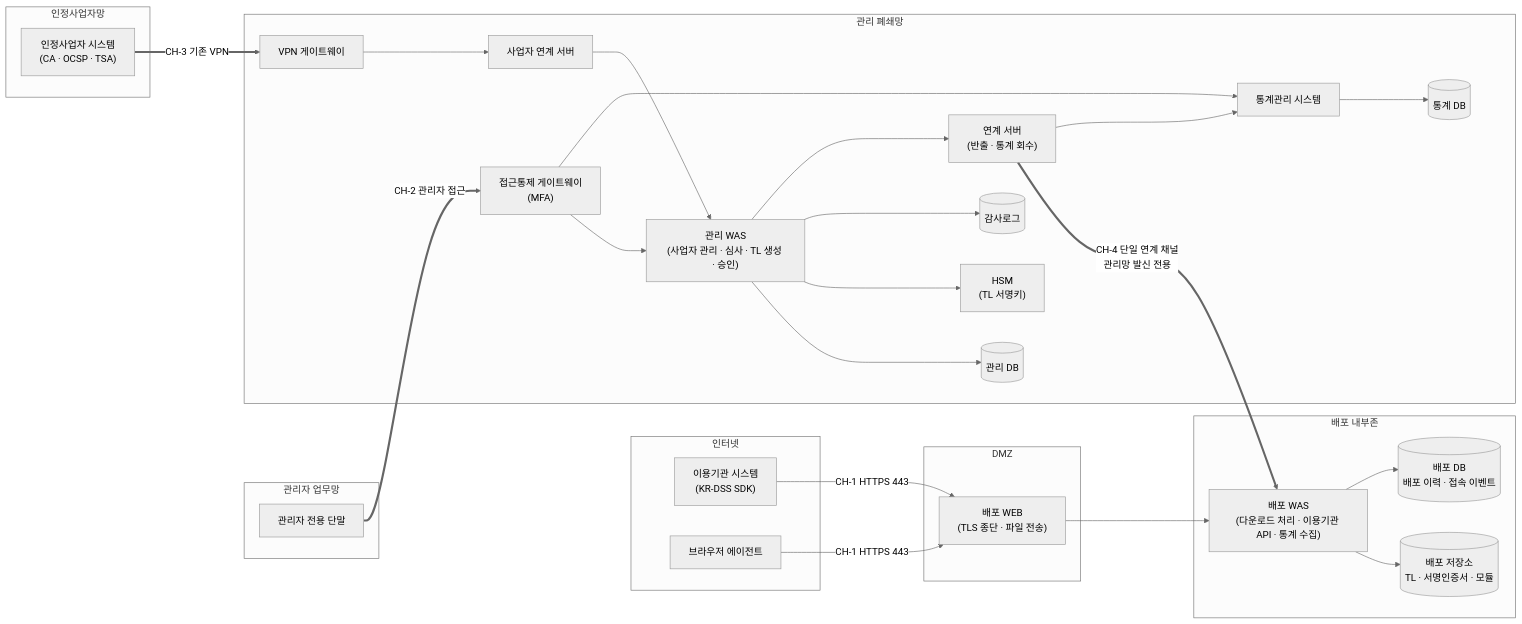
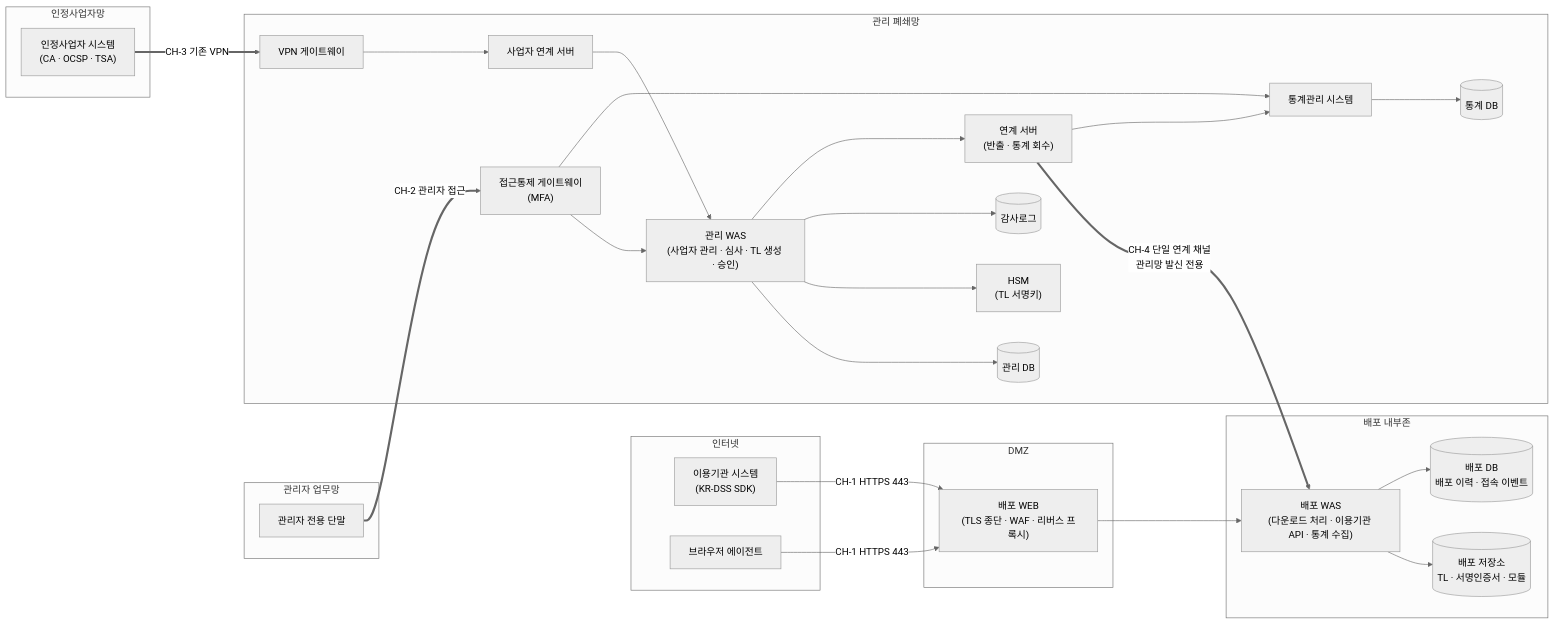
Before and after one commit to yongsungkim-electcerti/kr-dss: the first of 7 diagrams in docs/design/KR-TL-관리시스템/02-시스템구성도.md, drawn with Mermaid (neutral theme). The commit also changed other lines of this file and 6 other files, not shown here.

````diff
--- a/docs/design/KR-TL-관리시스템/02-시스템구성도.md
+++ b/docs/design/KR-TL-관리시스템/02-시스템구성도.md
@@ -12,59 +12,59 @@
 ```mermaid
 flowchart LR
     subgraph NET["인터넷"]
         RP["이용기관 시스템<br/>(KR-DSS SDK)"]
         BA["브라우저 에이전트"]
     end
 
     subgraph TSPNET["인정사업자망"]
         TSP["인정사업자 시스템<br/>(CA · OCSP · TSA)"]
     end
 
     subgraph OPS["관리자 업무망"]
         ADM["관리자 전용 단말"]
     end
 
     subgraph DMZ["DMZ"]
-        WEB["배포 WEB<br/>(TLS 종단 · 파일 전송)"]
+        WEB["배포 WEB<br/>(TLS 종단 · WAF · 리버스 프록시)"]
     end
 
     subgraph DIST["배포 내부존"]
         DWAS["배포 WAS<br/>(다운로드 처리 · 이용기관 API · 통계 수집)"]
         DREPO[("배포 저장소<br/>TL · 서명인증서 · 모듈")]
         DDB[("배포 DB<br/>배포 이력 · 접속 이벤트")]
     end
 
     subgraph MGMT["관리 폐쇄망"]
         VPNGW["VPN 게이트웨이"]
         PGW["사업자 연계 서버"]
         IAG["접근통제 게이트웨이<br/>(MFA)"]
         MWAS["관리 WAS<br/>(사업자 관리 · 심사 · TL 생성 · 승인)"]
         MDB[("관리 DB")]
         HSM["HSM<br/>(TL 서명키)"]
         AUD[("감사로그")]
         LINK["연계 서버<br/>(반출 · 통계 회수)"]
         STAT["통계관리 시스템"]
         SDB[("통계 DB")]
     end
 
     RP -- "CH-1 HTTPS 443" --> WEB
     BA -- "CH-1 HTTPS 443" --> WEB
     WEB --> DWAS
     DWAS --> DREPO
     DWAS --> DDB
 
     TSP == "CH-3 기존 VPN" ==> VPNGW
     VPNGW --> PGW
     ADM == "CH-2 관리자 접근" ==> IAG
     IAG --> MWAS
     IAG --> STAT
 
     PGW --> MWAS
     MWAS --> MDB
     MWAS --> HSM
     MWAS --> AUD
     MWAS --> LINK
     LINK == "CH-4 단일 연계 채널<br/>관리망 발신 전용" ==> DWAS
     LINK --> STAT
     STAT --> SDB
 ```
````
